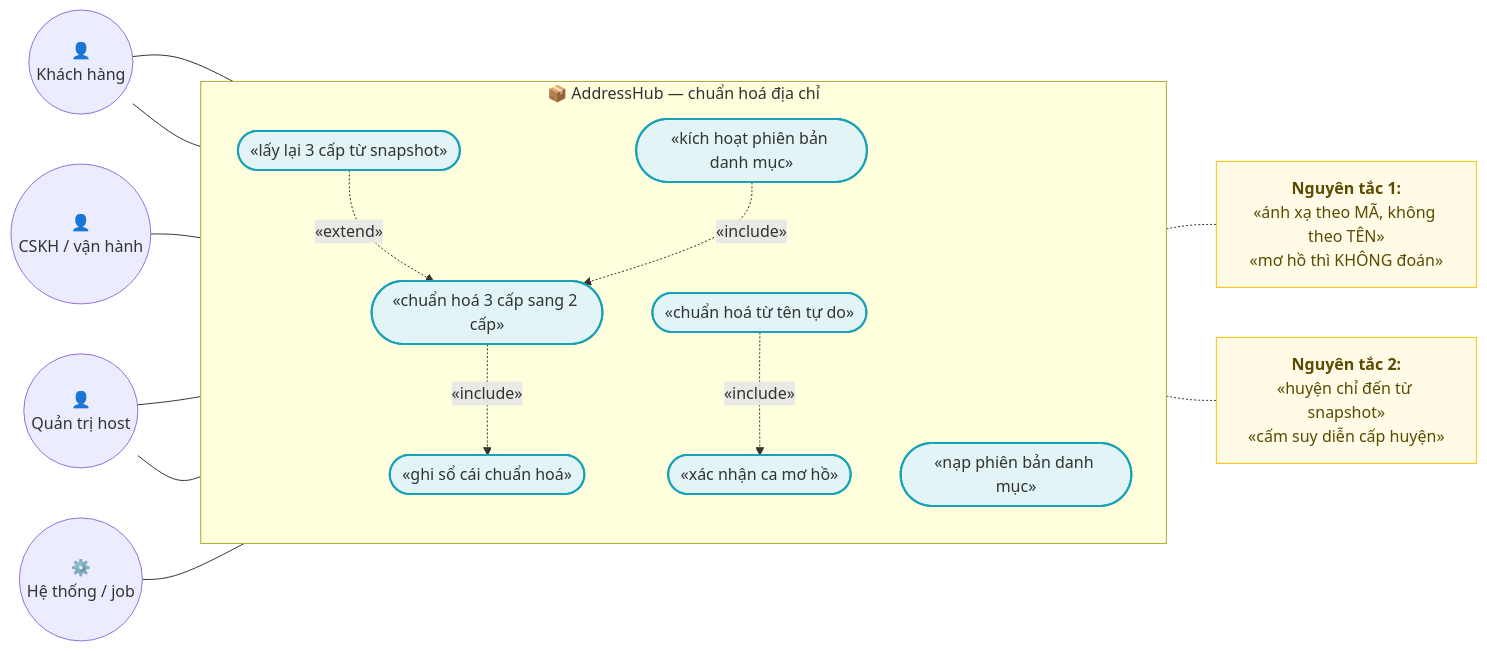
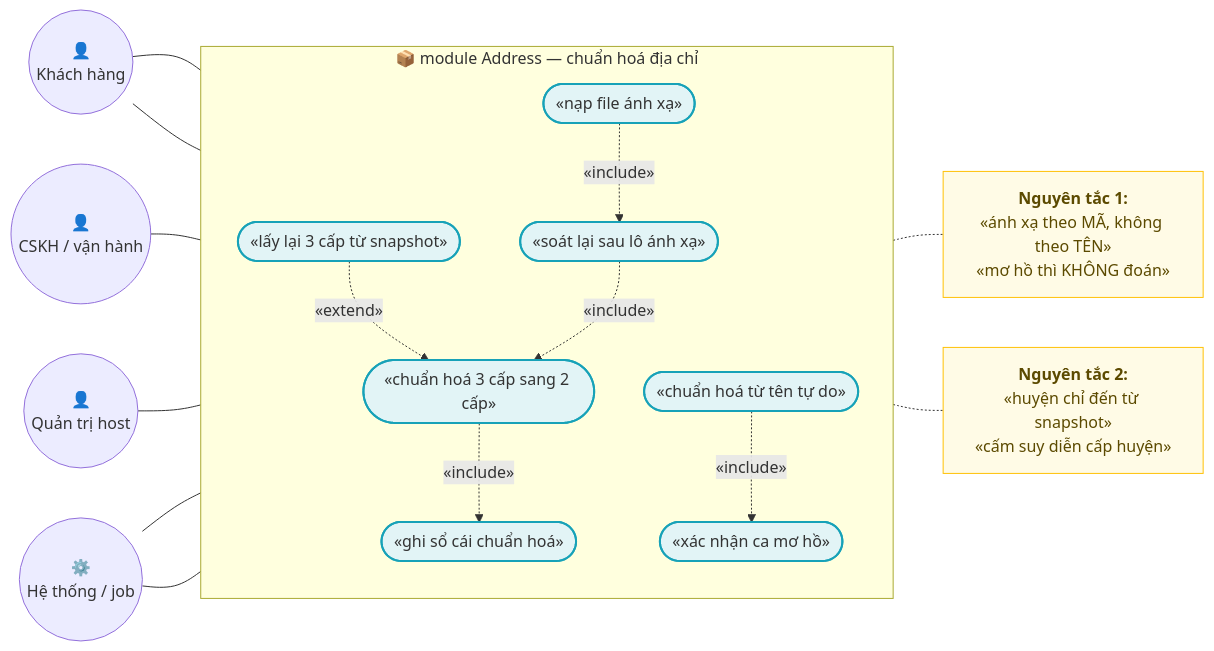
Before and after one commit to hungnt9801/eCommerce: the first of 3 diagrams in docs/features/address/addr-003-chuan-hoa-dia-chi-3-cap-2-cap.md, drawn with Mermaid. The commit also changed other lines of this file and 5 other files, not shown here.

````diff
--- a/docs/features/address/addr-003-chuan-hoa-dia-chi-3-cap-2-cap.md
+++ b/docs/features/address/addr-003-chuan-hoa-dia-chi-3-cap-2-cap.md
@@ -101,40 +101,41 @@
 ```mermaid
 flowchart LR
     classDef actor fill:#d4edda,stroke:#155724,stroke-width:2px;
     classDef usecase fill:#e2f4f6,stroke:#17a2b8,stroke-width:2px;
     classDef note fill:#fffbe6,stroke:#ffc107,stroke-width:1px,color:#5c4a00;
 
     KH(("👤<br/>Khách hàng"))
     CS(("👤<br/>CSKH / vận hành"))
     ADM(("👤<br/>Quản trị host"))
     HT(("⚙️<br/>Hệ thống / job"))
 
-    subgraph ADDR["📦 AddressHub — chuẩn hoá địa chỉ"]
+    subgraph ADDR["📦 module Address — chuẩn hoá địa chỉ"]
         direction TB
         UC1(["«chuẩn hoá 3 cấp sang 2 cấp»"])
         UC2(["«chuẩn hoá từ tên tự do»"])
         UC3(["«lấy lại 3 cấp từ snapshot»"])
         UC4(["«xác nhận ca mơ hồ»"])
-        UC5(["«nạp phiên bản danh mục»"])
-        UC6(["«kích hoạt phiên bản danh mục»"])
+        UC5(["«nạp file ánh xạ»"])
+        UC6(["«soát lại sau lô ánh xạ»"])
         UC7(["«ghi sổ cái chuẩn hoá»"])
         class UC1,UC2,UC3,UC4,UC5,UC6,UC7 usecase;
     end
 
     N1["<b>Nguyên tắc 1:</b><br/>«ánh xạ theo MÃ, không theo TÊN»<br/>«mơ hồ thì KHÔNG đoán»"]
     N2["<b>Nguyên tắc 2:</b><br/>«huyện chỉ đến từ snapshot»<br/>«cấm suy diễn cấp huyện»"]
     class N1,N2 note;
 
     KH --- UC1
     KH --- UC2
     CS --- UC4
     ADM --- UC5
-    ADM --- UC6
+    HT --- UC6
+    UC5 -. "«include»" .-> UC6
     HT --- UC1
     UC1 -. "«include»" .-> UC7
     UC2 -. "«include»" .-> UC4
     UC3 -. "«extend»" .-> UC1
     UC1 -.- N1
     UC3 -.- N2
     UC6 -. "«include»" .-> UC1
 ```
````
